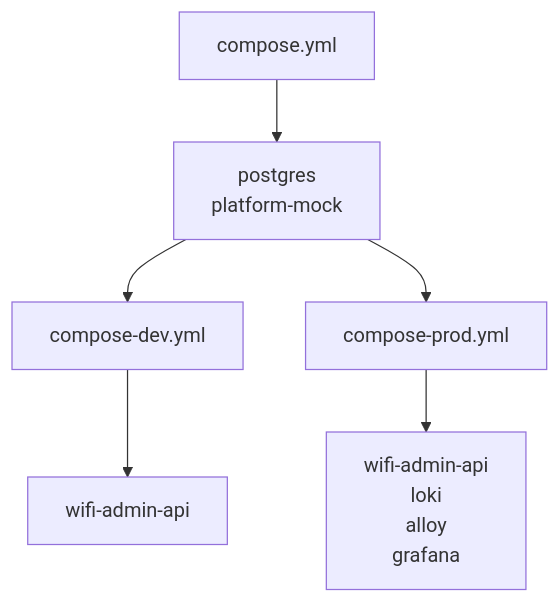
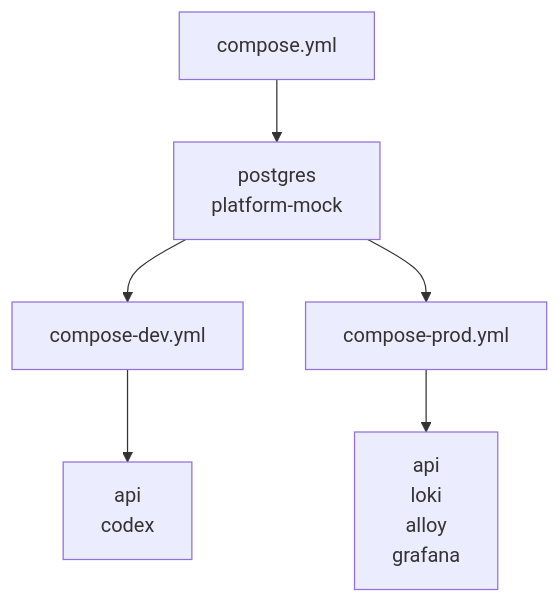
One commit to meowpow-png/wifi-admin changed the first of 2 diagrams in backend/docs/DEPLOYMENT.md. Above: the diagram before and after it, drawn with Mermaid. The commit also changed other lines of this file and 2 other files, not shown here.

Commit message:
Change backend compose project name

````diff
--- a/backend/docs/DEPLOYMENT.md
+++ b/backend/docs/DEPLOYMENT.md
@@ -11,18 +11,18 @@
 ```mermaid
 flowchart TD
     BASE_NOTE["compose.yml"]
     BASE["postgres<br/>platform-mock"]
 
     DEV_NOTE["compose-dev.yml"]
-    DEV["wifi-admin-api"]
+    DEV["api<br/>codex"]
 
     PROD_NOTE["compose-prod.yml"]
-    PROD["wifi-admin-api<br/>loki<br/>alloy<br/>grafana"]
+    PROD["api<br/>loki<br/>alloy<br/>grafana"]
 
     BASE_NOTE --> BASE
     DEV_NOTE --> DEV
     PROD_NOTE --> PROD
 
     BASE --> DEV_NOTE
     BASE --> PROD_NOTE
 ```
````
